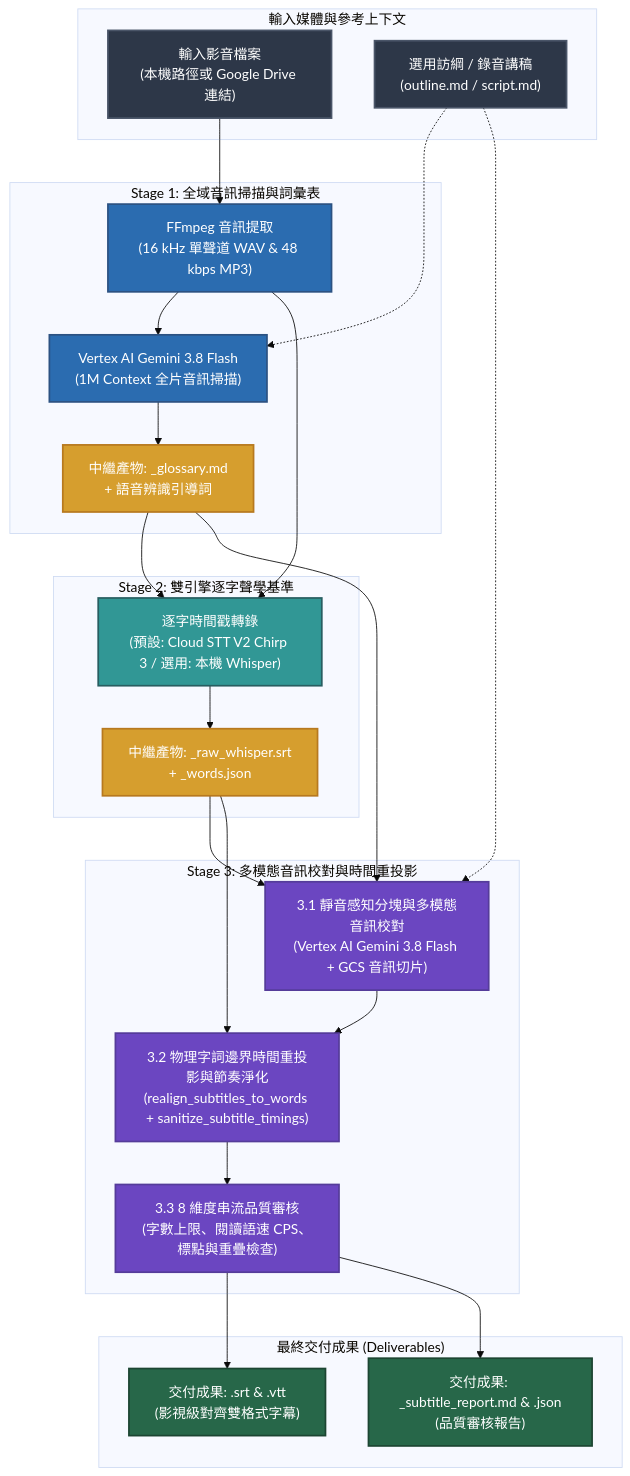
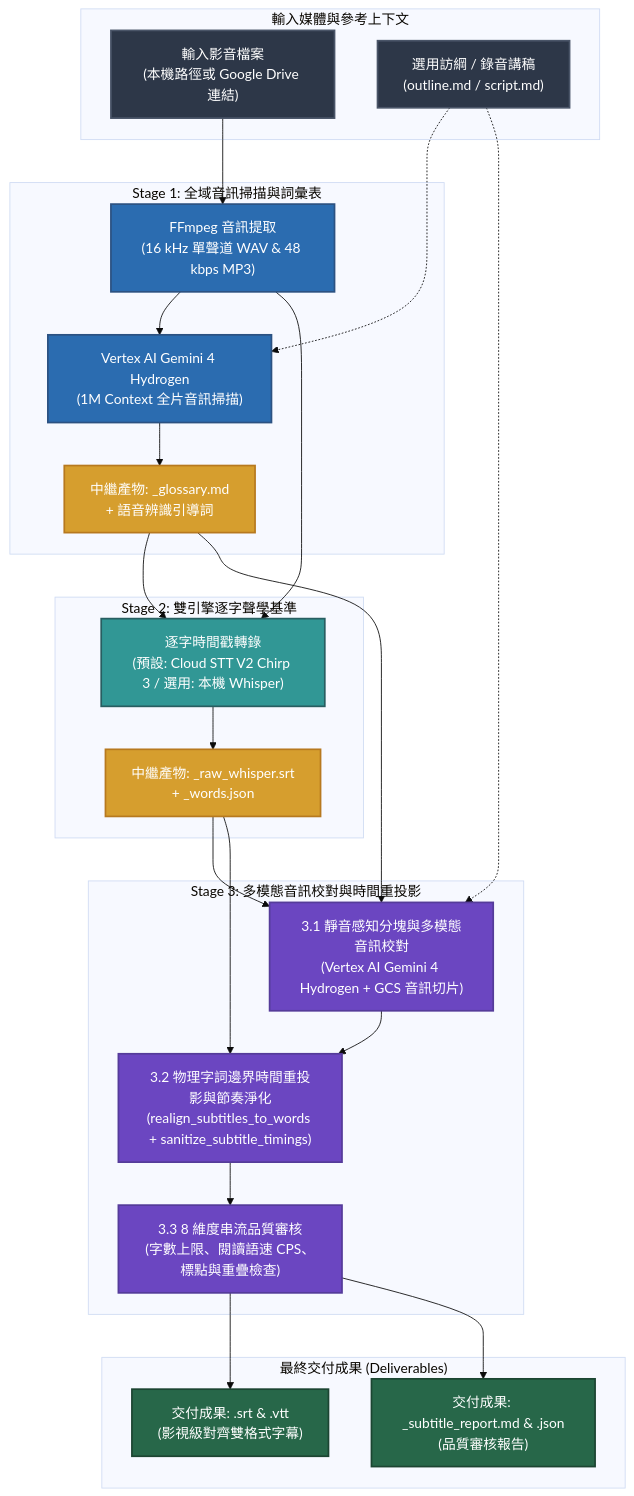
Before and after one commit to sylphlin/subtitle-craft: the diagram in README.zh-TW.md, drawn with Mermaid (base theme). The commit also changed other lines of this file and 13 other files, not shown here.

First line of the commit message:
feat(model): upgrade Stage 1 and Stage 3 LLM to Gemini 4 Hydrogen (gemini-4-hydrogen)

````diff
--- a/README.zh-TW.md
+++ b/README.zh-TW.md
@@ -74,52 +79,52 @@
 ```mermaid
 flowchart TD
     classDef inputStyle fill:#2D3748,stroke:#4A5568,stroke-width:2px,color:#fff;
     classDef stage1Style fill:#2B6CB0,stroke:#2C5282,stroke-width:2px,color:#fff;
     classDef stage2Style fill:#319795,stroke:#285E61,stroke-width:2px,color:#fff;
     classDef stage3Style fill:#6B46C1,stroke:#553C9A,stroke-width:2px,color:#fff;
     classDef artifactStyle fill:#D69E2E,stroke:#B7791F,stroke-width:2px,color:#fff;
     classDef outputStyle fill:#276749,stroke:#1C4532,stroke-width:2px,color:#fff;
 
     subgraph Inputs["輸入媒體與參考上下文"]
         IN["輸入影音檔案<br/>(本機路徑或 Google Drive 連結)"]:::inputStyle
         REF["選用訪綱 / 錄音講稿<br/>(outline.md / script.md)"]:::inputStyle
     end
 
     subgraph Stage1["Stage 1: 全域音訊掃描與詞彙表"]
         S0["FFmpeg 音訊提取<br/>(16 kHz 單聲道 WAV & 48 kbps MP3)"]:::stage1Style
-        S1["Vertex AI Gemini 3.8 Flash<br/>(1M Context 全片音訊掃描)"]:::stage1Style
+        S1["Vertex AI Gemini 4 Hydrogen<br/>(1M Context 全片音訊掃描)"]:::stage1Style
         GL["中繼產物: <basename>_glossary.md<br/>+ 語音辨識引導詞"]:::artifactStyle
     end
 
     subgraph Stage2["Stage 2: 雙引擎逐字聲學基準"]
         S2["逐字時間戳轉錄<br/>(預設: Cloud STT V2 Chirp 3 / 選用: 本機 Whisper)"]:::stage2Style
         WD["中繼產物: <basename>_raw_whisper.srt<br/>+ <basename>_words.json"]:::artifactStyle
     end
 
     subgraph Stage3["Stage 3: 多模態音訊校對與時間重投影"]
-        S3_1["3.1 靜音感知分塊與多模態音訊校對<br/>(Vertex AI Gemini 3.8 Flash + GCS 音訊切片)"]:::stage3Style
+        S3_1["3.1 靜音感知分塊與多模態音訊校對<br/>(Vertex AI Gemini 4 Hydrogen + GCS 音訊切片)"]:::stage3Style
         S3_2["3.2 物理字詞邊界時間重投影與節奏淨化<br/>(realign_subtitles_to_words + sanitize_subtitle_timings)"]:::stage3Style
         S3_3["3.3 8 維度串流品質審核<br/>(字數上限、閱讀語速 CPS、標點與重疊檢查)"]:::stage3Style
     end
 
     subgraph Deliverables["最終交付成果 (Deliverables)"]
         OUT_SUB["交付成果: <basename>.srt & <basename>.vtt<br/>(影視級對齊雙格式字幕)"]:::outputStyle
         OUT_REP["交付成果: <basename>_subtitle_report.md & .json<br/>(品質審核報告)"]:::outputStyle
     end
 
     IN --> S0
     S0 --> S1
     REF -.-> S1
     S1 --> GL
     S0 --> S2
     GL --> S2
     S2 --> WD
     WD --> S3_1
     GL --> S3_1
     REF -.-> S3_1
     S3_1 --> S3_2
     WD --> S3_2
     S3_2 --> S3_3
     S3_3 --> OUT_SUB
     S3_3 --> OUT_REP
 ```
````
